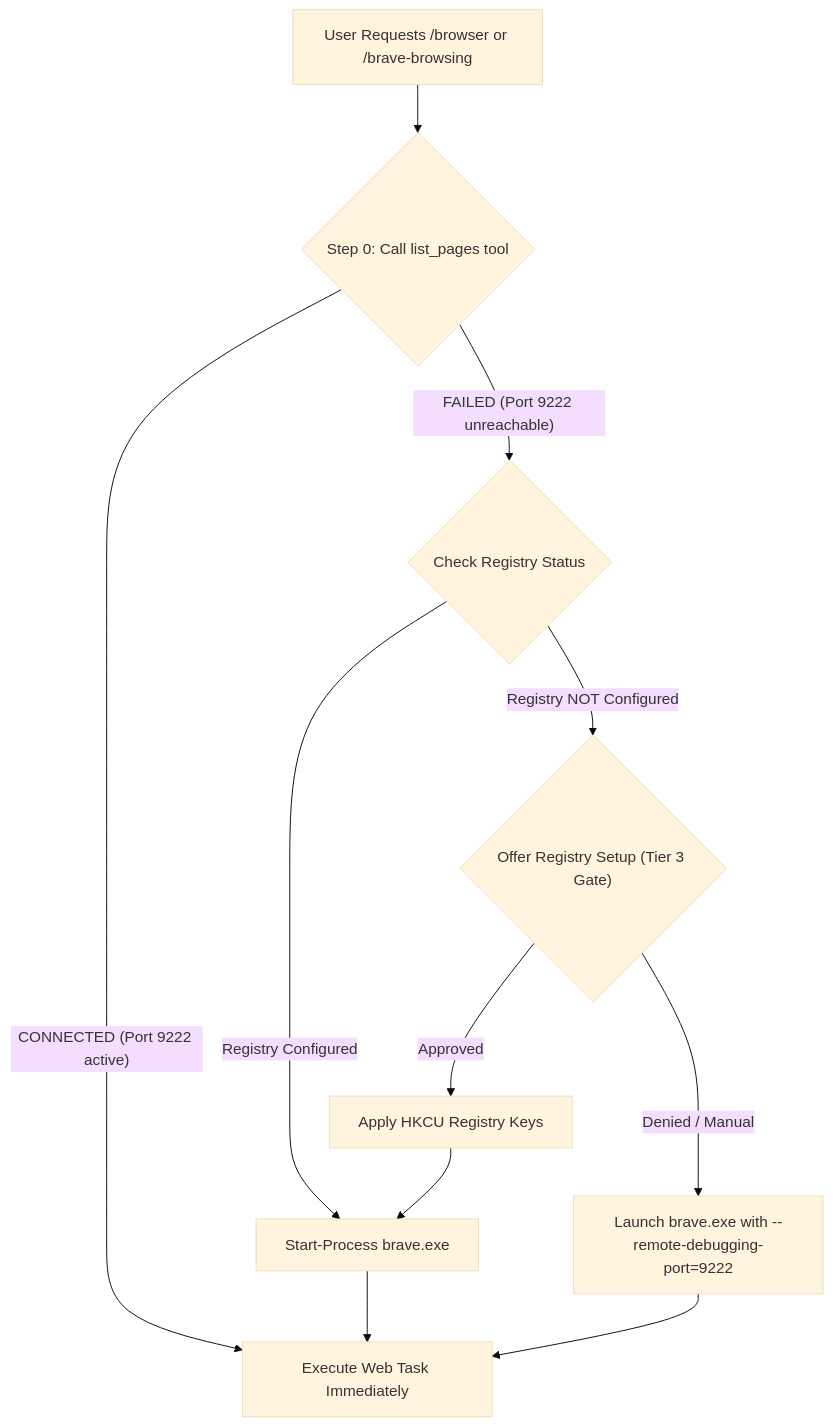
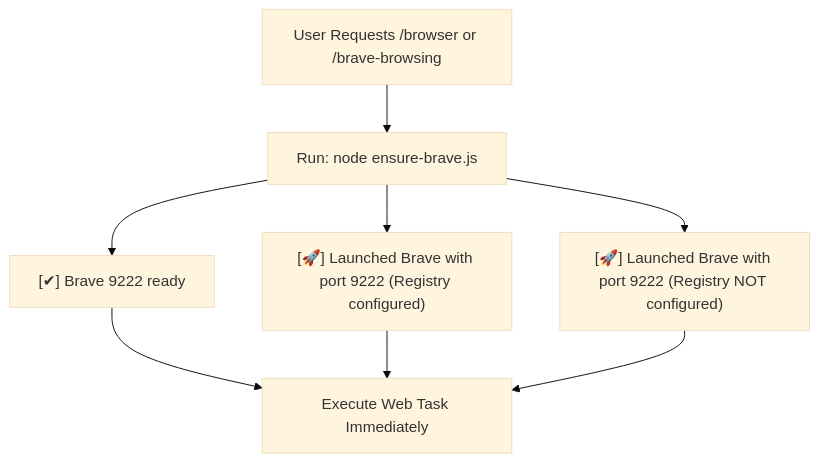
Before and after one commit to loerei/myskills: the diagram in productivity/brave-browsing/SKILL.md, drawn with Mermaid (base theme). The commit also changed other lines of this file and 1 other file, not shown here.

Commit message:
feat(brave-browsing): add ensure-brave.js helper script for 3-state fast connection check

````diff
--- a/productivity/brave-browsing/SKILL.md
+++ b/productivity/brave-browsing/SKILL.md
@@ -42,14 +47,12 @@
 ```mermaid
 flowchart TD
-    Start["User Requests /browser or /brave-browsing"] --> FastCheck{"Step 0: Call list_pages tool"}
+    Start["User Requests /browser or /brave-browsing"] --> RunEnsure["Run: node ensure-brave.js"]
     
-    FastCheck -->|"CONNECTED (Port 9222 active)"| DirectWork["Execute Web Task Immediately"]
+    RunEnsure --> State1["[✔] Brave 9222 ready"]
+    RunEnsure --> State2["[🚀] Launched Brave with port 9222 (Registry configured)"]
+    RunEnsure --> State3["[🚀] Launched Brave with port 9222 (Registry NOT configured)"]
     
-    FastCheck -->|"FAILED (Port 9222 unreachable)"| CheckReg{"Check Registry Status"}
-    
-    CheckReg -->|"Registry Configured"| LaunchBrave["Start-Process brave.exe"] --> DirectWork
-    CheckReg -->|"Registry NOT Configured"| RegGate{"Offer Registry Setup (Tier 3 Gate)"}
-    
-    RegGate -->|"Approved"| ApplyReg["Apply HKCU Registry Keys"] --> LaunchBrave
-    RegGate -->|"Denied / Manual"| CLILaunch["Launch brave.exe with --remote-debugging-port=9222"] --> DirectWork
+    State1 --> DirectWork["Execute Web Task Immediately"]
+    State2 --> DirectWork
+    State3 --> DirectWork
 ```
````
